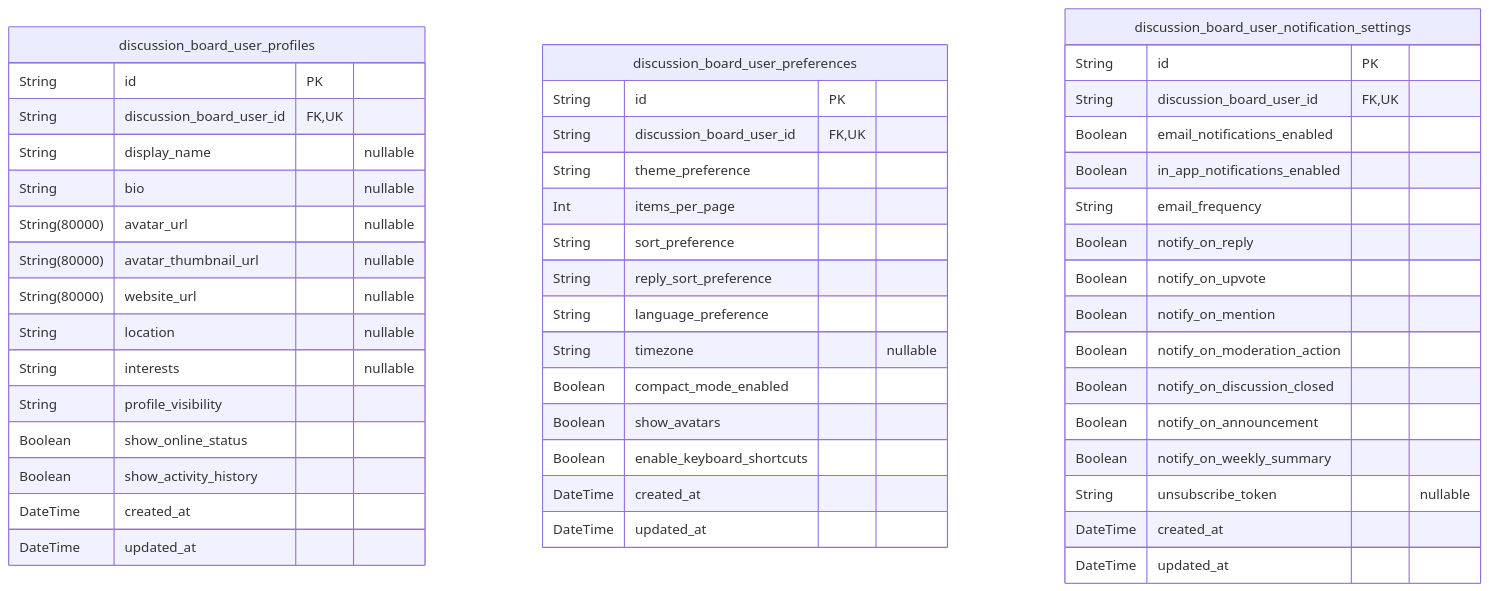
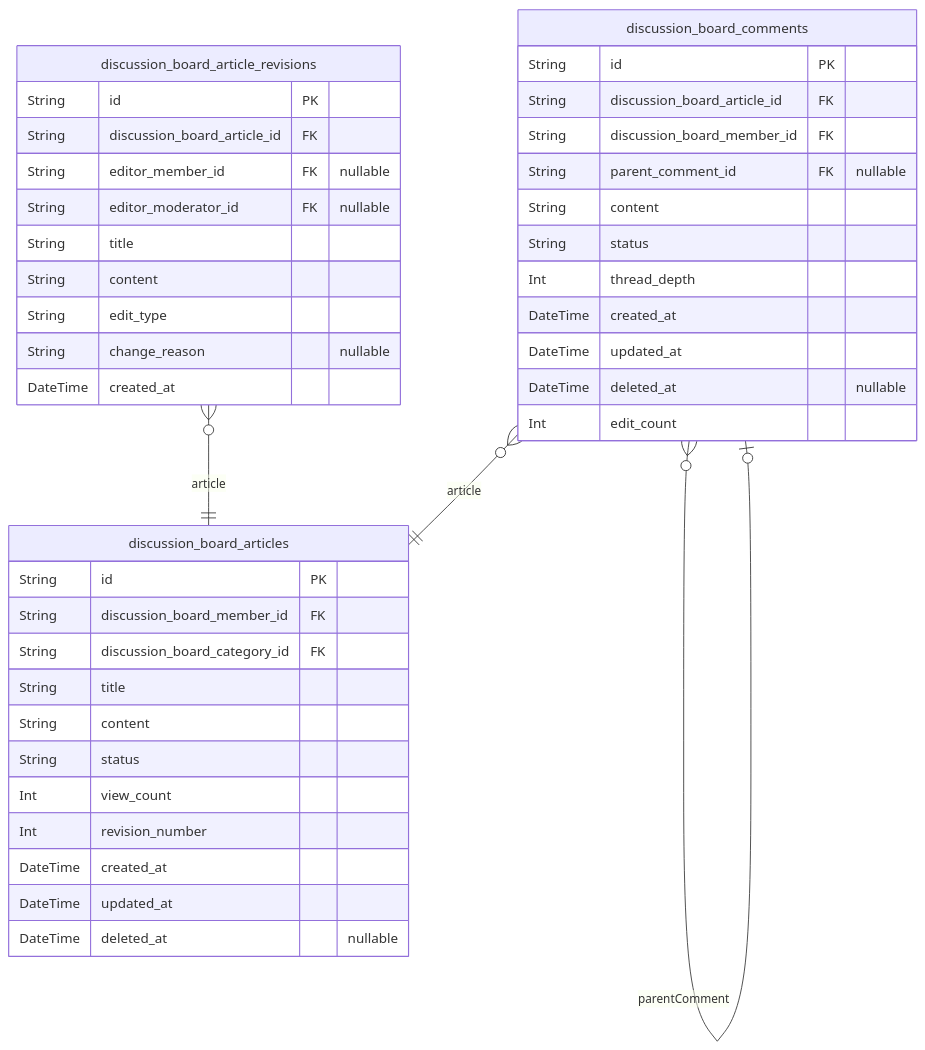
Before and after one commit to wrtnlabs/autobe-examples: the third of 6 diagrams in anthropic/claude-haiku-4.5/bbs/docs/ERD.md, drawn with Mermaid. The commit also changed other lines of this file and 16146 other files, not shown here.

````diff
--- a/anthropic/claude-haiku-4.5/bbs/docs/ERD.md
+++ b/anthropic/claude-haiku-4.5/bbs/docs/ERD.md
@@ -491,51 +261,43 @@
 ```mermaid
 erDiagram
-"discussion_board_user_profiles" {
+"discussion_board_articles" {
   String id PK
-  String discussion_board_user_id FK,UK
-  String display_name "nullable"
-  String bio "nullable"
-  String(80000) avatar_url "nullable"
-  String(80000) avatar_thumbnail_url "nullable"
-  String(80000) website_url "nullable"
-  String location "nullable"
-  String interests "nullable"
-  String profile_visibility
-  Boolean show_online_status
-  Boolean show_activity_history
+  String discussion_board_member_id FK
+  String discussion_board_category_id FK
+  String title
+  String content
+  String status
+  Int view_count
+  Int revision_number
   DateTime created_at
   DateTime updated_at
+  DateTime deleted_at "nullable"
 }
-"discussion_board_user_preferences" {
+"discussion_board_article_revisions" {
   String id PK
-  String discussion_board_user_id FK,UK
-  String theme_preference
-  Int items_per_page
-  String sort_preference
-  String reply_sort_preference
-  String language_preference
-  String timezone "nullable"
-  Boolean compact_mode_enabled
-  Boolean show_avatars
-  Boolean enable_keyboard_shortcuts
+  String discussion_board_article_id FK
+  String editor_member_id FK "nullable"
+  String editor_moderator_id FK "nullable"
+  String title
+  String content
+  String edit_type
+  String change_reason "nullable"
+  DateTime created_at
+}
+"discussion_board_comments" {
+  String id PK
+  String discussion_board_article_id FK
+  String discussion_board_member_id FK
+  String parent_comment_id FK "nullable"
+  String content
+  String status
+  Int thread_depth
   DateTime created_at
   DateTime updated_at
+  DateTime deleted_at "nullable"
+  Int edit_count
 }
-"discussion_board_user_notification_settings" {
-  String id PK
-  String discussion_board_user_id FK,UK
-  Boolean email_notifications_enabled
-  Boolean in_app_notifications_enabled
-  String email_frequency
-  Boolean notify_on_reply
-  Boolean notify_on_upvote
-  Boolean notify_on_mention
-  Boolean notify_on_moderation_action
-  Boolean notify_on_discussion_closed
-  Boolean notify_on_announcement
-  Boolean notify_on_weekly_summary
-  String unsubscribe_token "nullable"
-  DateTime created_at
-  DateTime updated_at
-}
+"discussion_board_article_revisions" }o--|| "discussion_board_articles" : article
+"discussion_board_comments" }o--|| "discussion_board_articles" : article
+"discussion_board_comments" }o--o| "discussion_board_comments" : parentComment
 ```
````
